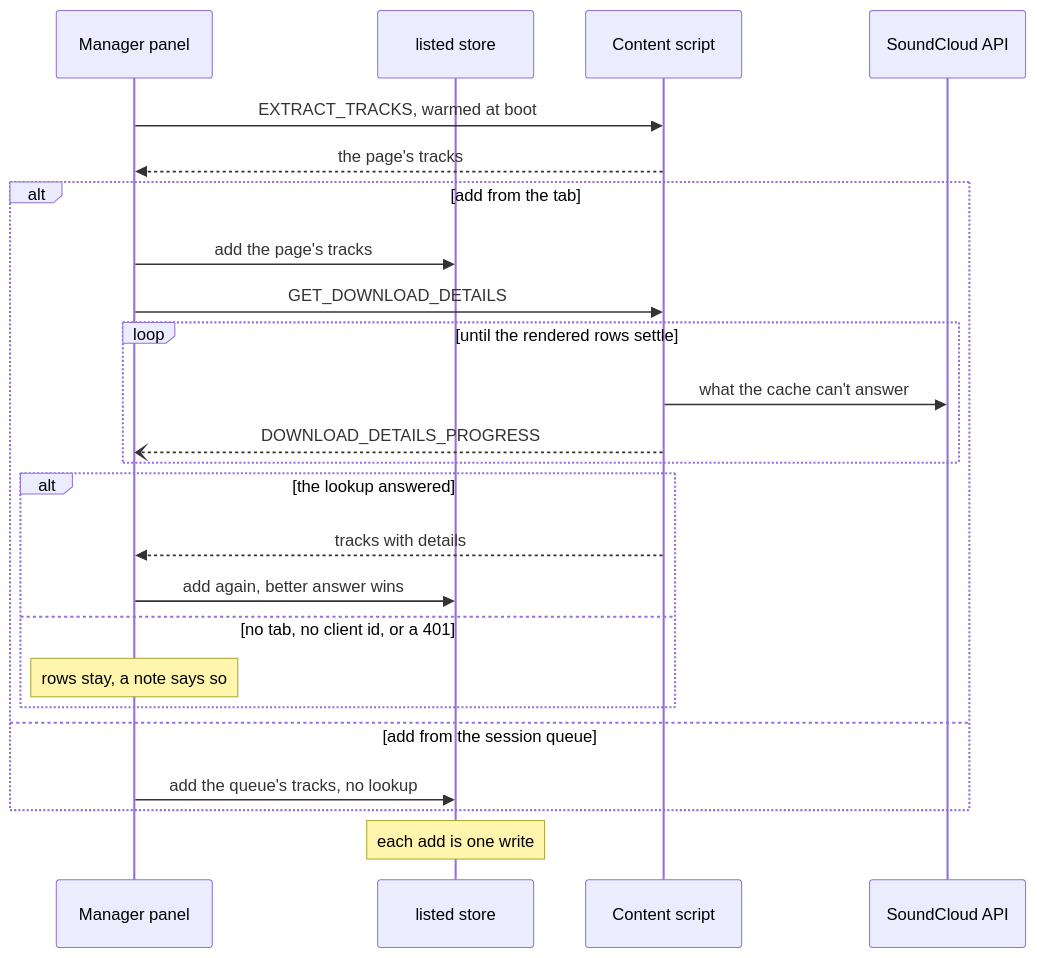
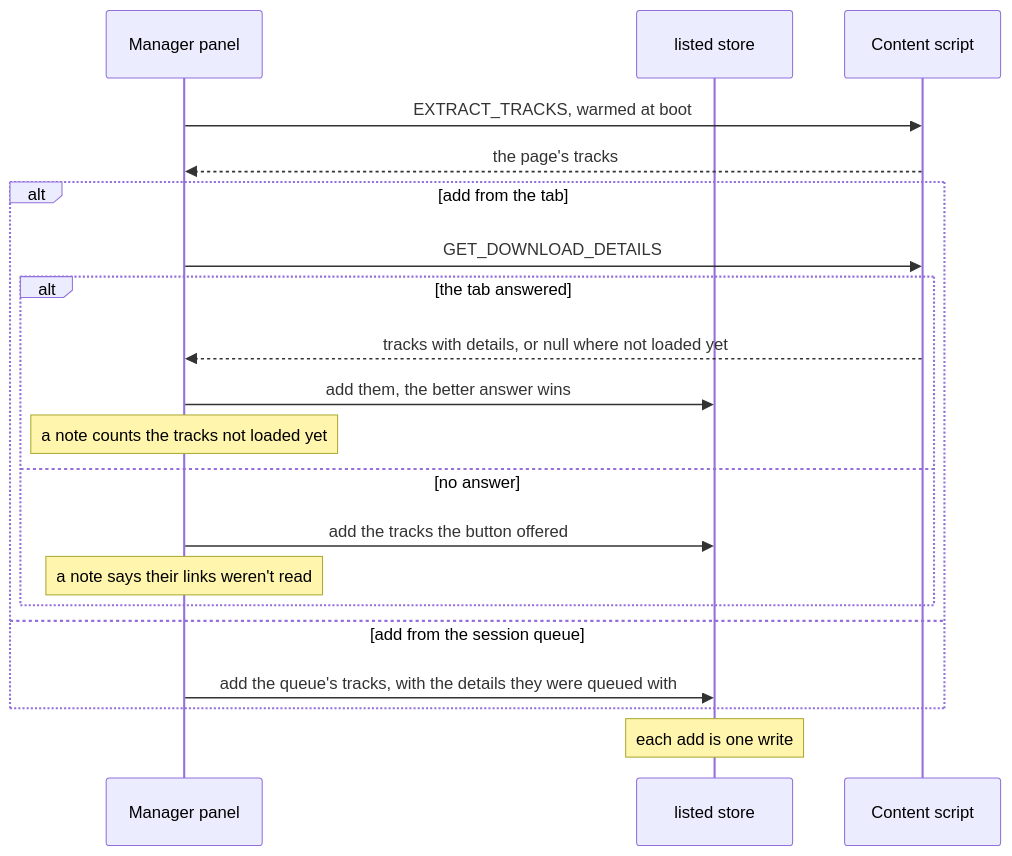
One commit to cutenode/localnetwork changed the first of 5 diagrams in apps/localtoolbox/docs/diagrams/manager.md. Above: the diagram before and after it, drawn with Mermaid. The commit also changed other lines of this file and 65 other files, not shown here.

First line of the commit message:
fix(localtoolbox): read SoundCloud data from what its page loads instead of its API

````diff
--- a/apps/localtoolbox/docs/diagrams/manager.md
+++ b/apps/localtoolbox/docs/diagrams/manager.md
@@ -15,26 +15,22 @@
 ```mermaid
 sequenceDiagram
   participant P as Manager panel
   participant L as listed store
   participant C as Content script
-  participant A as SoundCloud API
   P->>C: EXTRACT_TRACKS, warmed at boot
   C-->>P: the page's tracks
   alt add from the tab
-    P->>L: add the page's tracks
     P->>C: GET_DOWNLOAD_DETAILS
-    loop until the rendered rows settle
-      C->>A: what the cache can't answer
-      C--)P: DOWNLOAD_DETAILS_PROGRESS
-    end
-    alt the lookup answered
-      C-->>P: tracks with details
-      P->>L: add again, better answer wins
-    else no tab, no client id, or a 401
-      Note over P: rows stay, a note says so
+    alt the tab answered
+      C-->>P: tracks with details, or null where not loaded yet
+      P->>L: add them, the better answer wins
+      Note over P: a note counts the tracks not loaded yet
+    else no answer
+      P->>L: add the tracks the button offered
+      Note over P: a note says their links weren't read
     end
   else add from the session queue
-    P->>L: add the queue's tracks, no lookup
+    P->>L: add the queue's tracks, with the details they were queued with
   end
   Note over L: each add is one write
 ```
````
